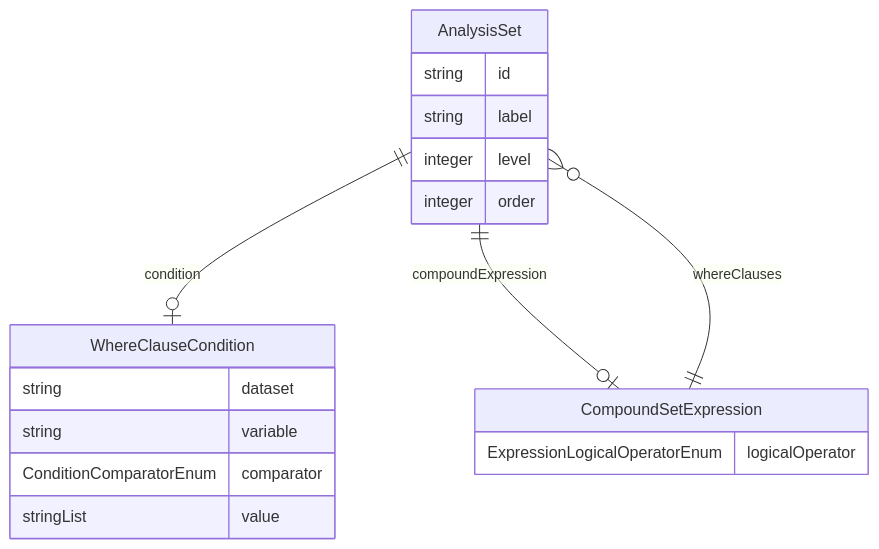
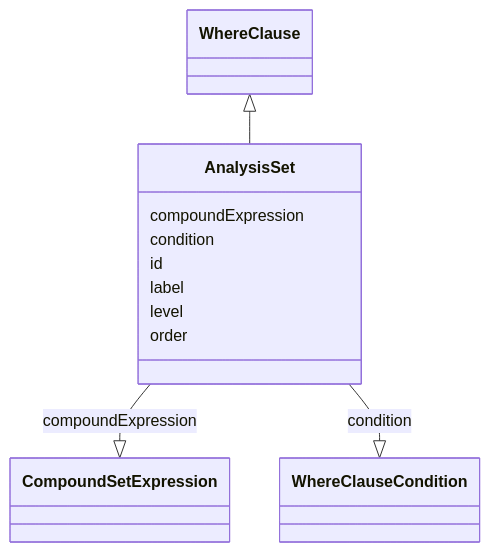
One commit to cdisc-org/analysis-results-standard changed the diagram in project/docs/AnalysisSet.md. Above: the diagram before and after it, drawn with Mermaid. The commit also changed 256 other files, not shown here.

Commit message:
Documentation diagrams

````diff
--- a/project/docs/AnalysisSet.md
+++ b/project/docs/AnalysisSet.md
@@ -13,23 +15,23 @@
 ```mermaid
-erDiagram
-AnalysisSet {
-    string id  
-    string label  
-    integer level  
-    integer order  
-}
-CompoundSetExpression {
-    ExpressionLogicalOperatorEnum logicalOperator  
-}
-WhereClauseCondition {
-    string dataset  
-    string variable  
-    ConditionComparatorEnum comparator  
-    stringList value  
-}
-
-AnalysisSet ||--|o WhereClauseCondition : "condition"
-AnalysisSet ||--|o CompoundSetExpression : "compoundExpression"
-CompoundSetExpression ||--}o AnalysisSet : "whereClauses"
-
+ classDiagram
+    class AnalysisSet
+      WhereClause <|-- AnalysisSet
+      
+      AnalysisSet : compoundExpression
+        
+          AnalysisSet --|> CompoundSetExpression : compoundExpression
+        
+      AnalysisSet : condition
+        
+          AnalysisSet --|> WhereClauseCondition : condition
+        
+      AnalysisSet : id
+        
+      AnalysisSet : label
+        
+      AnalysisSet : level
+        
+      AnalysisSet : order
+        
+      
 ```
````
